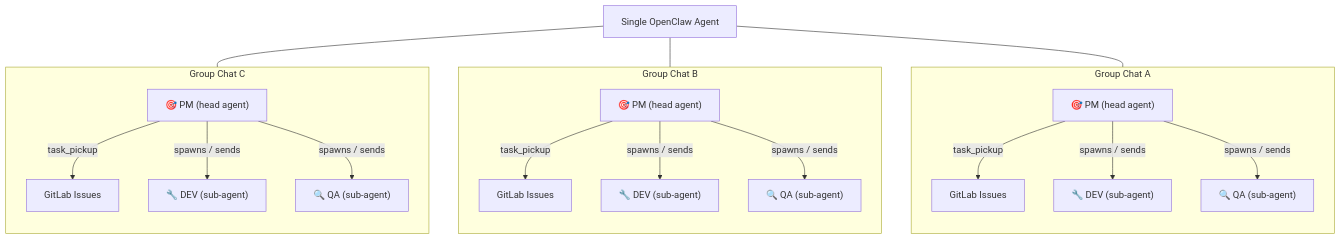
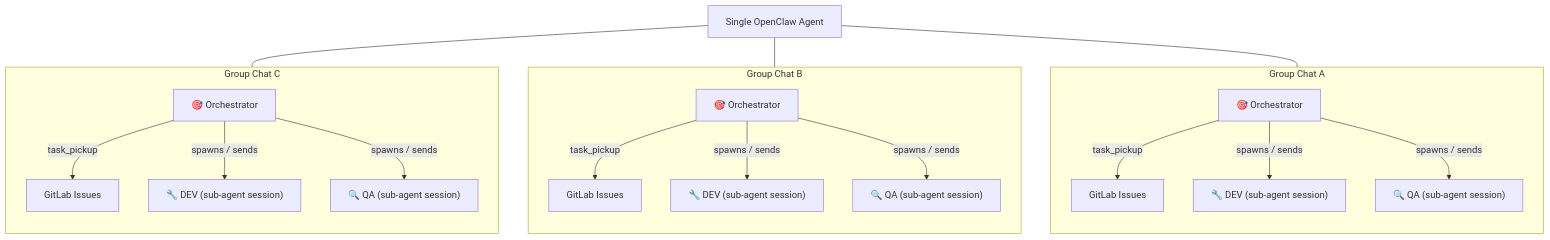
One commit to laurentenhoor/devclaw changed the first of 3 diagrams in README.md. Above: the diagram before and after it, drawn with Mermaid. The commit also changed other lines of this file and 2 other files, not shown here.

Commit message:
Replace PM terminology with orchestrator/session model across docs
- Add "Agents vs Sessions" explainer section to ARCHITECTURE.md
- Replace all "PM Agent" references with "Orchestrator" in sequence diagrams
- Fix ticket creation: agents create issues via glab, not humans
- Update scope boundaries to show sub-agent session responsibilities
- Clarify plugin returns instructions, agent executes session operations
- Update ONBOARDING.md issue creation to show agent-first workflow

````diff
--- a/README.md
+++ b/README.md
@@ -23,40 +23,40 @@
 ```mermaid
 graph TB
     subgraph "Group Chat A"
         direction TB
-        A_PM["🎯 PM (head agent)"]
+        A_O["🎯 Orchestrator"]
         A_GL[GitLab Issues]
-        A_DEV["🔧 DEV (sub-agent)"]
-        A_QA["🔍 QA (sub-agent)"]
-        A_PM -->|task_pickup| A_GL
-        A_PM -->|spawns / sends| A_DEV
-        A_PM -->|spawns / sends| A_QA
+        A_DEV["🔧 DEV (sub-agent session)"]
+        A_QA["🔍 QA (sub-agent session)"]
+        A_O -->|task_pickup| A_GL
+        A_O -->|spawns / sends| A_DEV
+        A_O -->|spawns / sends| A_QA
     end
 
     subgraph "Group Chat B"
         direction TB
-        B_PM["🎯 PM (head agent)"]
+        B_O["🎯 Orchestrator"]
         B_GL[GitLab Issues]
-        B_DEV["🔧 DEV (sub-agent)"]
-        B_QA["🔍 QA (sub-agent)"]
-        B_PM -->|task_pickup| B_GL
-        B_PM -->|spawns / sends| B_DEV
-        B_PM -->|spawns / sends| B_QA
+        B_DEV["🔧 DEV (sub-agent session)"]
+        B_QA["🔍 QA (sub-agent session)"]
+        B_O -->|task_pickup| B_GL
+        B_O -->|spawns / sends| B_DEV
+        B_O -->|spawns / sends| B_QA
     end
 
     subgraph "Group Chat C"
         direction TB
-        C_PM["🎯 PM (head agent)"]
+        C_O["🎯 Orchestrator"]
         C_GL[GitLab Issues]
-        C_DEV["🔧 DEV (sub-agent)"]
-        C_QA["🔍 QA (sub-agent)"]
-        C_PM -->|task_pickup| C_GL
-        C_PM -->|spawns / sends| C_DEV
-        C_PM -->|spawns / sends| C_QA
+        C_DEV["🔧 DEV (sub-agent session)"]
+        C_QA["🔍 QA (sub-agent session)"]
+        C_O -->|task_pickup| C_GL
+        C_O -->|spawns / sends| C_DEV
+        C_O -->|spawns / sends| C_QA
     end
 
     AGENT["Single OpenClaw Agent"]
-    AGENT --- A_PM
-    AGENT --- B_PM
-    AGENT --- C_PM
+    AGENT --- A_O
+    AGENT --- B_O
+    AGENT --- C_O
 ```
````
